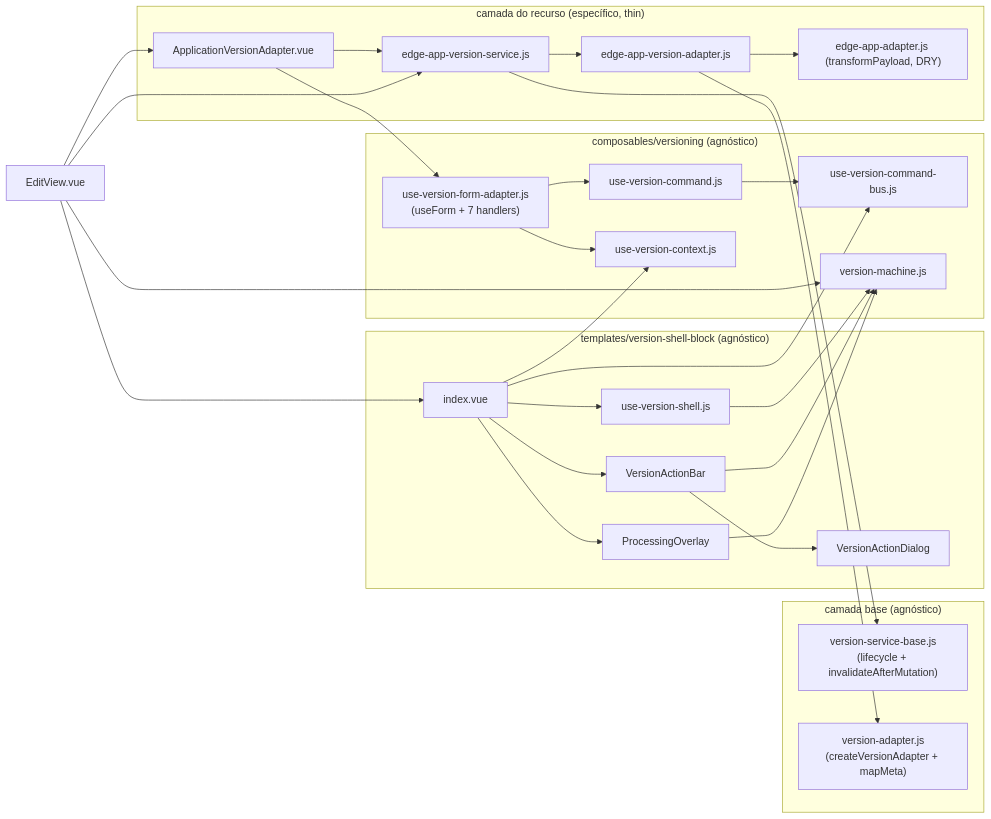
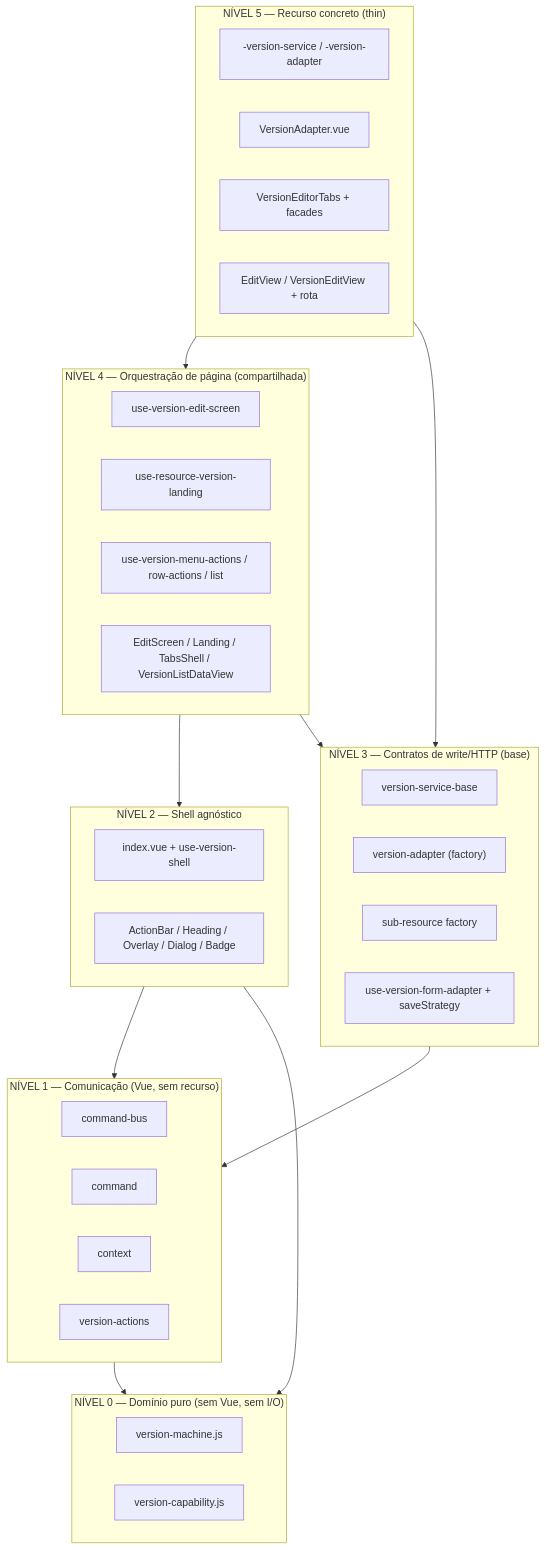
One commit to aziontech/azion-console-kit changed the second of 10 diagrams in docs/VERSION-SHELL.md. Above: the diagram before and after it, drawn with Mermaid. The commit also changed other lines of this file and 68 other files, not shown here.

````diff
--- a/docs/VERSION-SHELL.md
+++ b/docs/VERSION-SHELL.md
@@ -103,37 +229,40 @@
 ```mermaid
-flowchart LR
-  subgraph shell["templates/version-shell-block (agnóstico)"]
-    IDX["index.vue"] --> UVS["use-version-shell.js"]
-    IDX --> BAR["VersionActionBar"] --> DLG["VersionActionDialog"]
-    IDX --> OVL["ProcessingOverlay"]
+flowchart TD
+  subgraph N0["NÍVEL 0 — Domínio puro (sem Vue, sem I/O)"]
+    VM["version-machine.js"]
+    CAP["version-capability.js"]
   end
-
-  subgraph composables["composables/versioning (agnóstico)"]
-    BUS["use-version-command-bus.js"]
-    CMD["use-version-command.js"] --> BUS
-    CTX["use-version-context.js"]
-    VM["version-machine.js"]
-    UFA["use-version-form-adapter.js<br/>(useForm + 7 handlers)"]
+  subgraph N1["NÍVEL 1 — Comunicação (Vue, sem recurso)"]
+    BUS["command-bus"]
+    CMD["command"]
+    CTX["context"]
+    VA["version-actions"]
   end
-
-  subgraph base["camada base (agnóstico)"]
-    VSB["version-service-base.js<br/>(lifecycle + invalidateAfterMutation)"]
-    FACT["version-adapter.js<br/>(createVersionAdapter + mapMeta)"]
+  subgraph N2["NÍVEL 2 — Shell agnóstico"]
+    IDX["index.vue + use-version-shell"]
+    BAR["ActionBar / Heading / Overlay / Dialog / Badge"]
   end
-
-  subgraph resource["camada do recurso (específico, thin)"]
-    ADP["ApplicationVersionAdapter.vue"]
-    SVC["edge-app-version-service.js"] --> SAD["edge-app-version-adapter.js"]
-    SAD --> EAD["edge-app-adapter.js (transformPayload, DRY)"]
+  subgraph N3["NÍVEL 3 — Contratos de write/HTTP (base)"]
+    VSB["version-service-base"]
+    FACT["version-adapter (factory)"]
+    SUB["sub-resource factory"]
+    UFA["use-version-form-adapter + saveStrategy"]
   end
-
-  IDX --> BUS & CTX
-  UVS --> VM
-  BAR --> VM
-  OVL --> VM
-  UFA --> CMD & CTX
-  SVC --> VSB
-  SAD --> FACT
-  ADP --> UFA & SVC
-  EV2["EditView.vue"] --> IDX & ADP & SVC & VM
+  subgraph N4["NÍVEL 4 — Orquestração de página (compartilhada)"]
+    UES["use-version-edit-screen"]
+    URL["use-resource-version-landing"]
+    UMA["use-version-menu-actions / row-actions / list"]
+    CHROME["EditScreen / Landing / TabsShell / VersionListDataView"]
+  end
+  subgraph N5["NÍVEL 5 — Recurso concreto (thin)"]
+    SVC["<r>-version-service / <r>-version-adapter"]
+    THIN["<R>VersionAdapter.vue"]
+    TABS["VersionEditorTabs + facades"]
+    VIEW["EditView / VersionEditView + rota"]
+  end
+  N1 --> N0
+  N2 --> N1 & N0
+  N3 --> N1
+  N4 --> N2 & N3
+  N5 --> N4 & N3
 ```
````
